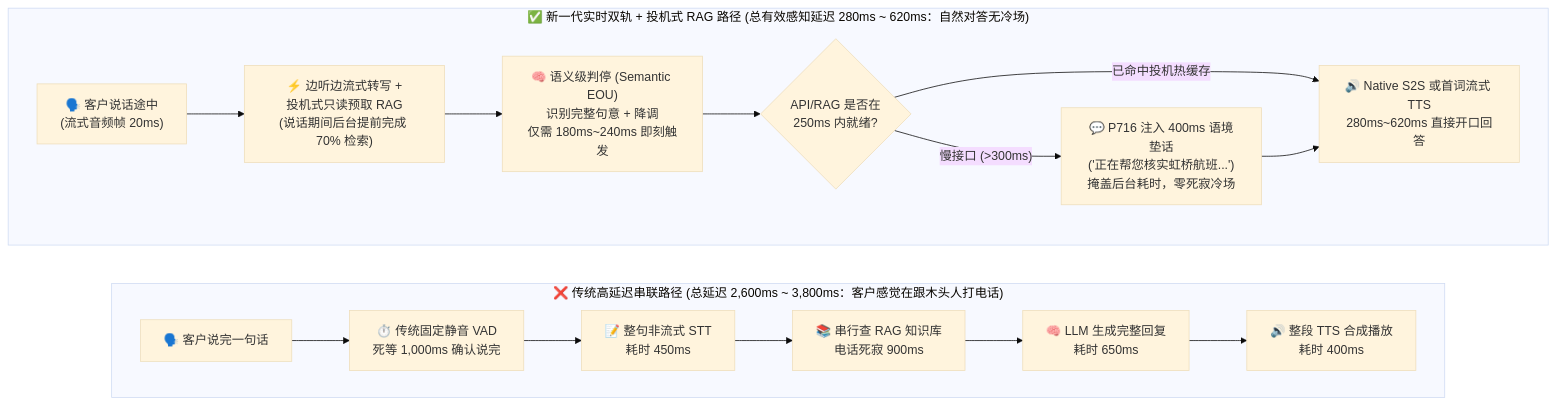
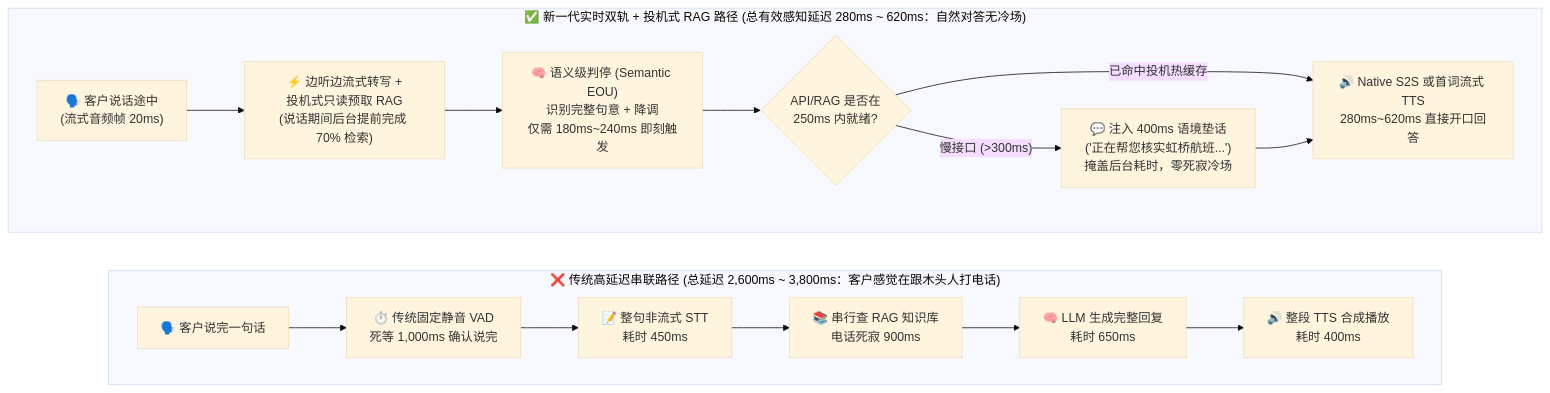
The second of 3 diagrams in docs/cascaded-vs-s2s-semantic-turn-faq.md (turbo998/voice-agent-lab), drawn with Mermaid (base theme) before and after one commit. The commit also changed other lines of this file and 715 other files, not shown here.

````diff
--- a/docs/cascaded-vs-s2s-semantic-turn-faq.md
+++ b/docs/cascaded-vs-s2s-semantic-turn-faq.md
@@ -160,21 +160,21 @@
 ```mermaid
 flowchart LR
-    subgraph Legacy["❌ 传统高延迟串联路径 (总延迟 2,600ms ~ 3,800ms：客户感觉在跟木头人打电话)"]
-        direction LR
-        L1["🗣️ 客户说完一句话"] --> L2["⏱️ 传统固定静音 VAD<br/>死等 1,000ms 确认说完"]
-        L2 --> L3["📝 整句非流式 STT<br/>耗时 450ms"]
-        L3 --> L4["📚 串行查 RAG 知识库<br/>电话死寂 900ms"]
-        L4 --> L5["🧠 LLM 生成完整回复<br/>耗时 650ms"]
-        L5 --> L6["🔊 整段 TTS 合成播放<br/>耗时 400ms"]
-    end
+ subgraph Legacy["❌ 传统高延迟串联路径 (总延迟 2,600ms ~ 3,800ms：客户感觉在跟木头人打电话)"]
+ direction LR
+ L1["🗣️ 客户说完一句话"] --> L2["⏱️ 传统固定静音 VAD<br/>死等 1,000ms 确认说完"]
+ L2 --> L3["📝 整句非流式 STT<br/>耗时 450ms"]
+ L3 --> L4["📚 串行查 RAG 知识库<br/>电话死寂 900ms"]
+ L4 --> L5["🧠 LLM 生成完整回复<br/>耗时 650ms"]
+ L5 --> L6["🔊 整段 TTS 合成播放<br/>耗时 400ms"]
+ end
 
-    subgraph Modern["✅ 新一代实时双轨 + 投机式 RAG 路径 (总有效感知延迟 280ms ~ 620ms：自然对答无冷场)"]
-        direction LR
-        M1["🗣️ 客户说话途中<br/>(流式音频帧 20ms)"] --> M2["⚡ 边听边流式转写 +<br/>投机式只读预取 RAG<br/>(说话期间后台提前完成 70% 检索)"]
-        M2 --> M3["🧠 语义级判停 (Semantic EOU)<br/>识别完整句意 + 降调<br/>仅需 180ms~240ms 即刻触发"]
-        M3 --> M4{"API/RAG 是否在<br/>250ms 内就绪?"}
-        M4 -- "已命中投机热缓存" --> M5["🔊 Native S2S 或首词流式 TTS<br/>280ms~620ms 直接开口回答"]
-        M4 -- "慢接口 (>300ms)" --> M6["💬 P716 注入 400ms 语境垫话<br/>('正在帮您核实虹桥航班...')<br/>掩盖后台耗时，零死寂冷场"]
-        M6 --> M5
-    end
+ subgraph Modern["✅ 新一代实时双轨 + 投机式 RAG 路径 (总有效感知延迟 280ms ~ 620ms：自然对答无冷场)"]
+ direction LR
+ M1["🗣️ 客户说话途中<br/>(流式音频帧 20ms)"] --> M2["⚡ 边听边流式转写 +<br/>投机式只读预取 RAG<br/>(说话期间后台提前完成 70% 检索)"]
+ M2 --> M3["🧠 语义级判停 (Semantic EOU)<br/>识别完整句意 + 降调<br/>仅需 180ms~240ms 即刻触发"]
+ M3 --> M4{"API/RAG 是否在<br/>250ms 内就绪?"}
+ M4 -- "已命中投机热缓存" --> M5["🔊 Native S2S 或首词流式 TTS<br/>280ms~620ms 直接开口回答"]
+ M4 -- "慢接口 (>300ms)" --> M6["💬 注入 400ms 语境垫话<br/>('正在帮您核实虹桥航班...')<br/>掩盖后台耗时，零死寂冷场"]
+ M6 --> M5
+ end
 ```
````
